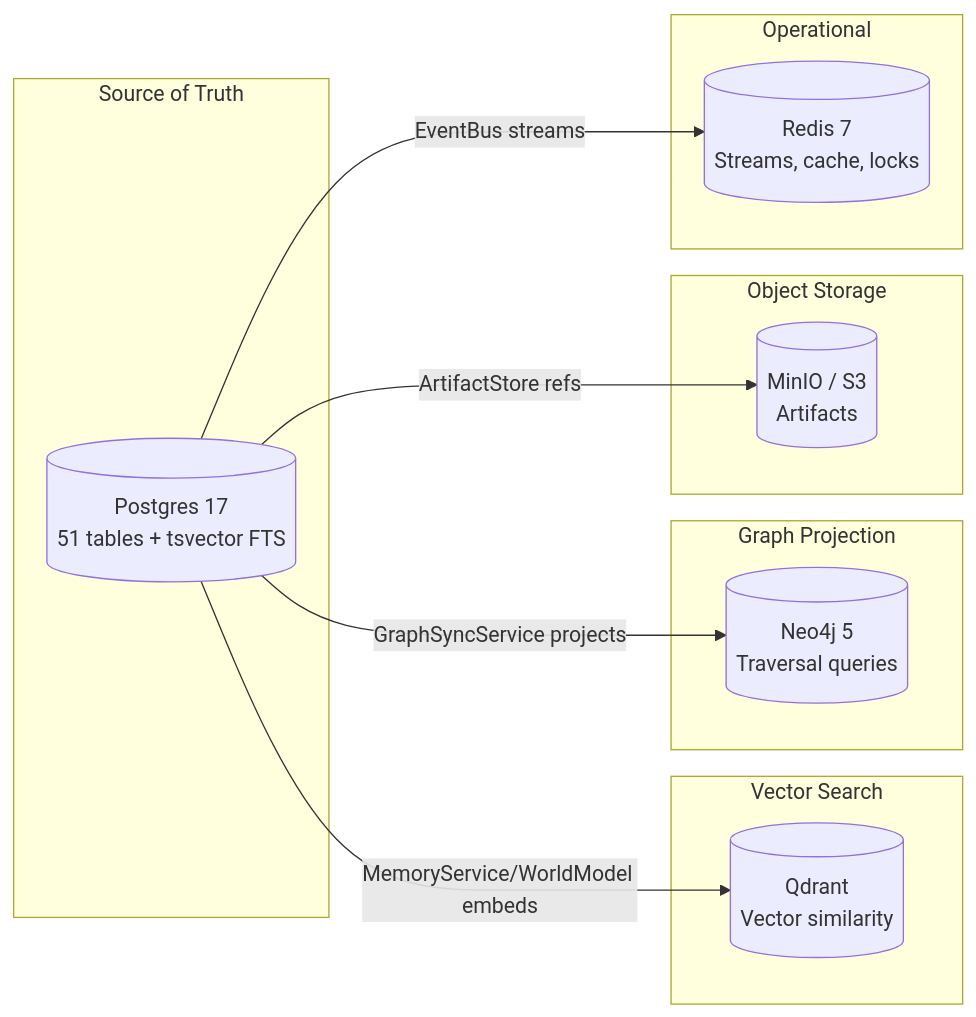
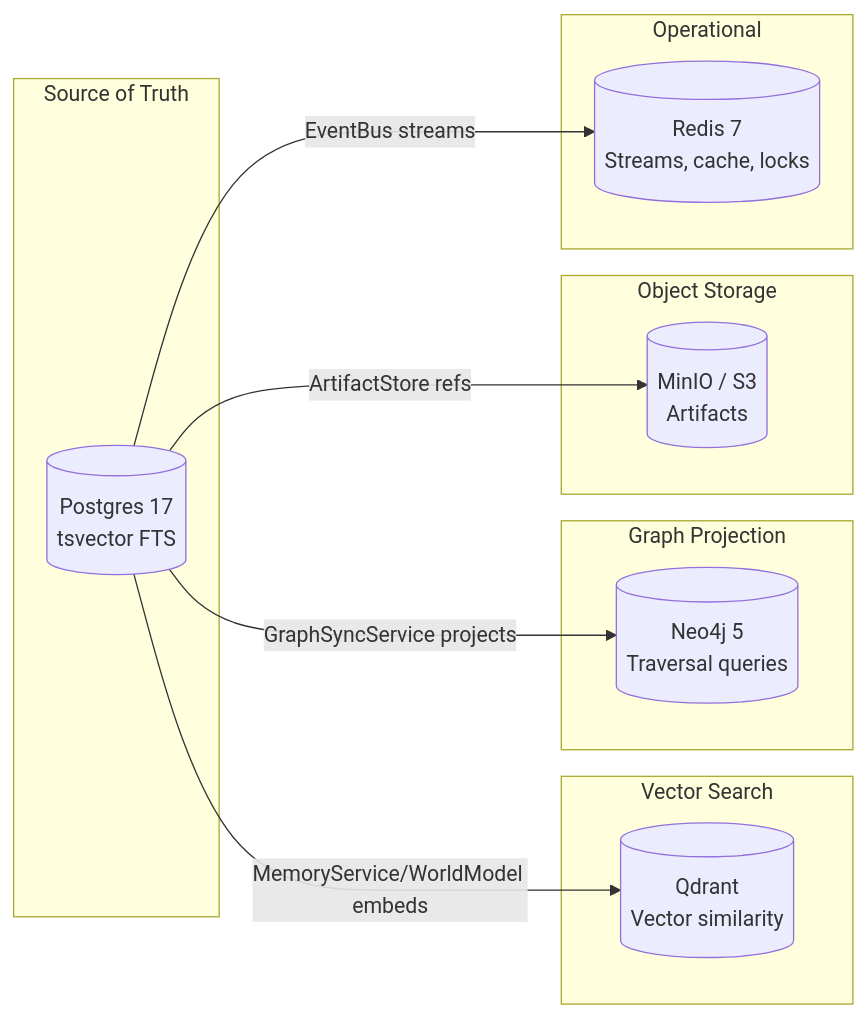
One commit to shivadharmi/muldro changed the second of 2 diagrams in docs/architecture/data-model.md. Above: the diagram before and after it, drawn with Mermaid. The commit also changed other lines of this file and 13 other files, not shown here.

````diff
--- a/docs/architecture/data-model.md
+++ b/docs/architecture/data-model.md
@@ -278,27 +278,27 @@
 ```mermaid
 graph LR
     subgraph "Source of Truth"
-        PG[(Postgres 17<br/>51 tables + tsvector FTS)]
+        PG[(Postgres 17<br/>tsvector FTS)]
     end
 
     subgraph "Vector Search"
         QD[(Qdrant<br/>Vector similarity)]
     end
 
     subgraph "Graph Projection"
         N4J[(Neo4j 5<br/>Traversal queries)]
     end
 
     subgraph "Object Storage"
         S3[(MinIO / S3<br/>Artifacts)]
     end
 
     subgraph "Operational"
         RD[(Redis 7<br/>Streams, cache, locks)]
     end
 
     PG -->|MemoryService/WorldModel embeds| QD
     PG -->|GraphSyncService projects| N4J
     PG -->|ArtifactStore refs| S3
     PG -->|EventBus streams| RD
 ```
````
